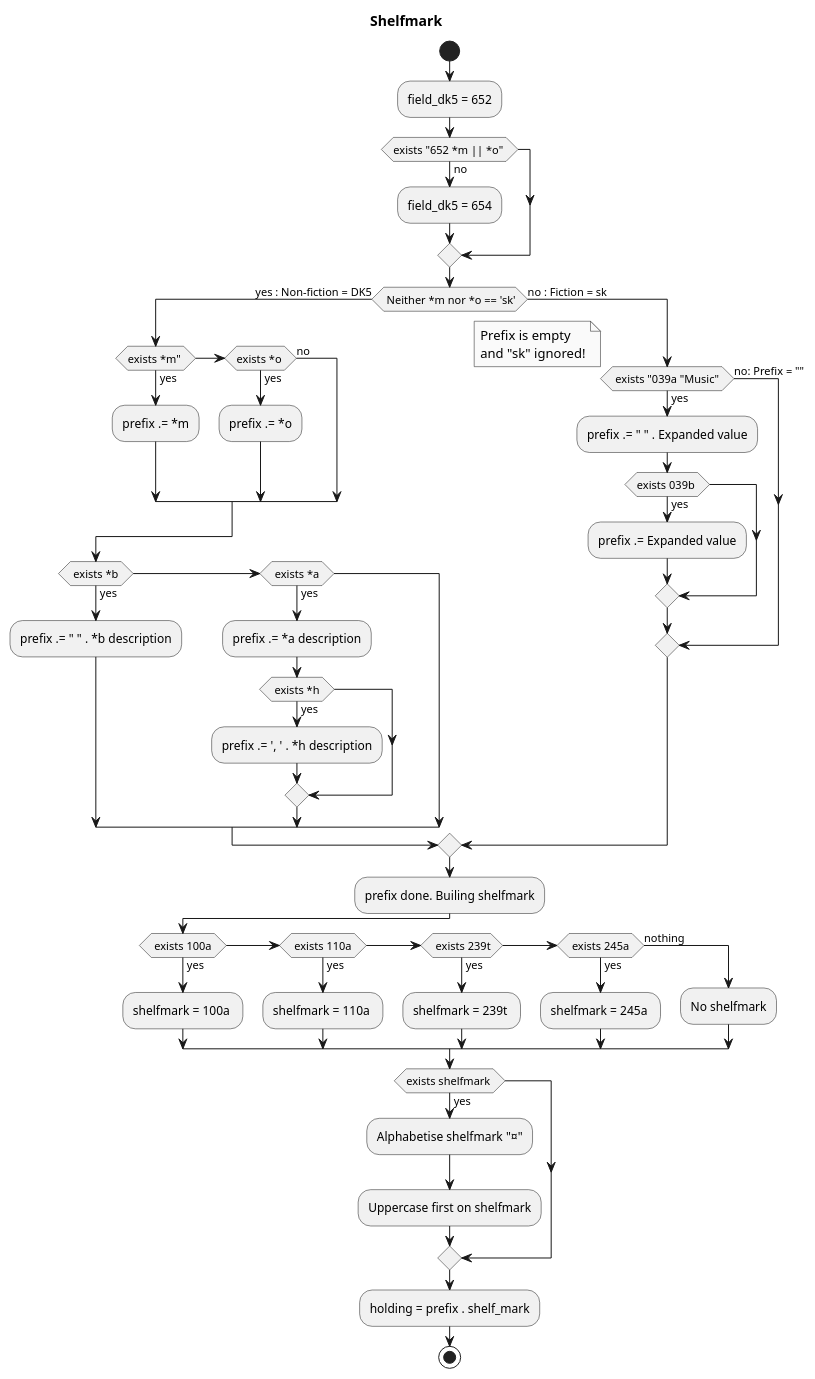
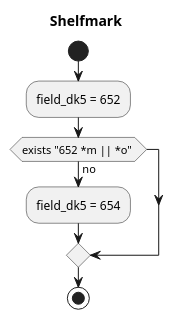
The diagram in docs/react/localisation/shelfmark2.puml (danskernesdigitalebibliotek/plantuml), drawn with PlantUML before and after one commit.

```diff
--- a/docs/react/localisation/shelfmark2.puml
+++ b/docs/react/localisation/shelfmark2.puml
@@ -1,114 +1,28 @@
 @startuml
 title Shelfmark
 
 ' Skinparams '
 skinparam monochrome true
 'skinparam handwritten true
 
 ' Participants
 start
 /'
         // Look for the marc field to get DK5 classification from. We require
         // that either 'm' or 'o' subfield is present and prefer 652. If this is
         // not the case we'll try the outdated marc field 654 for DK5.
         $field_dk5 = fbs_get_marc_field($entity, '652');
         if (empty($field_dk5['m']) && empty($field_dk5['o'])) {
           $field_dk5 = fbs_get_marc_field($entity, '654');
         }
 '/
 ':Set empty $prefix
 :field_dk5 = 652;
 if (exists "652 *m || *o" ) then (no)
     :field_dk5 = 654;
 endif
 
 
-/'
-        // Non-fiction: Look for the 'sk' marker in both 'm' and 'o' subfield.
-        // If it's not present in any of these, we consider the material be to
-        // be non-fiction and we should use the special prefix for non-fiction
-        // materials.
-        if ($field_dk5_m !== 'sk' && $field_dk5_o !== 'sk') {
-'/
-
-'if ( *m !== 'sk' \n&& *o !== 'sk') then (yes : Non-fiction)
-if ( Neither *m nor *o == 'sk') then (yes : Non-fiction = DK5)
-    if (exists *m" ) then (yes)
-        :prefix .= *m;
-    elseif (exists *o ) then (yes)
-        :prefix .= *o;
-    else (no)
-    endif
-    
-/'
-          // Additional descriptors from the DK5 classification. Note that we
-          // ensure to use data from the correct subfields of the field we got
-          // the DK5 classification from.
-          if (!empty($field_dk5['b'][$field_dk5_index])) {
-            $prefix .= ' ' . $field_dk5['b'][$field_dk5_index];
-          }
-          elseif (!empty($field_dk5['a'][$field_dk5_index])) {
-            $prefix .= ' ' . $field_dk5['a'][$field_dk5_index];
-            if (!empty($field_dk5['h'][$field_dk5_index])) {
-              $prefix .= ', ' . $field_dk5['h'][$field_dk5_index];
-            }
-          }
-'/
-    if ( exists *b ) then (yes)
-        :prefix .= " " . *b description;
-    elseif ( exists *a ) then (yes)
-            :prefix .= *a description;
-        if ( exists *h ) then (yes)
-            :prefix .= ', ' . *h description;
-        endif
-    endif
-/'
-        // Music: Field 039.a is present on music materials, so we can use this
-        // is an indicator.
-        elseif ($field039a = fbs_get_marc_field($entity, '039', 'a')) {
-          $prefix .= fbs_translate_marc($field039a, '039.a');
-
-          // We'll also append additional subfields if present.
-          if ($field039b = fbs_get_marc_field($entity, '039', 'b')) {
-            $prefix .= ' ' . fbs_translate_marc($field039b, '039.b');
-          }
-        }
-'/
-
-else (no : Fiction = sk)
-    if ( exists "039a "Music" ) then (yes)
-        :prefix .= " " . Expanded value;
-        if (exists 039b ) then (yes)
-            :prefix .= Expanded value;
-        endif
-    else (no: Prefix = "")
-        note right: Prefix is empty\nand "sk" ignored!
-    endif
-endif
-
-:prefix done. Builing shelfmark;
-
-if ( exists 100a ) then (yes)
-    :shelfmark = 100a ;
-elseif ( exists 110a ) then (yes)
-    :shelfmark = 110a ;
-elseif ( exists 239t) then (yes)
-    :shelfmark = 239t ;
-elseif ( exists 245a ) then (yes)
-    :shelfmark = 245a ;
-else (nothing)
-  :No shelfmark;
-endif
-
-
-':$shefmark = first of [ 100a || 110a || 239t || 245a ];
-if (exists shelfmark ) then (yes)
-    :Alphabetise shelfmark "¤";
-    :Uppercase first on shelfmark;
-endif
-
-:holding = prefix . shelf_mark;
 
 stop
-
 @enduml
```
